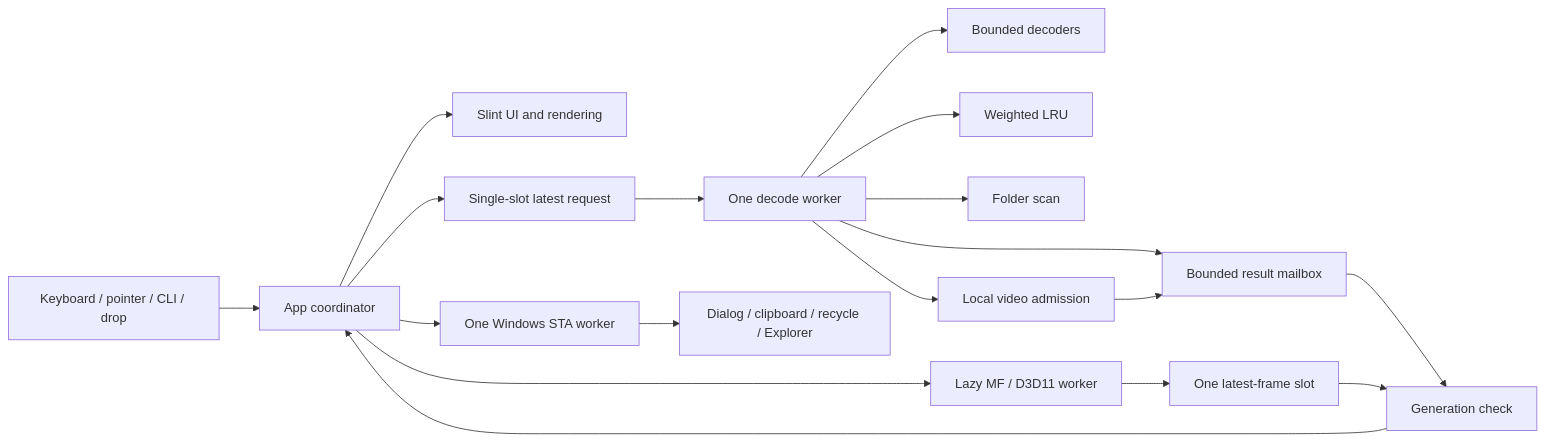
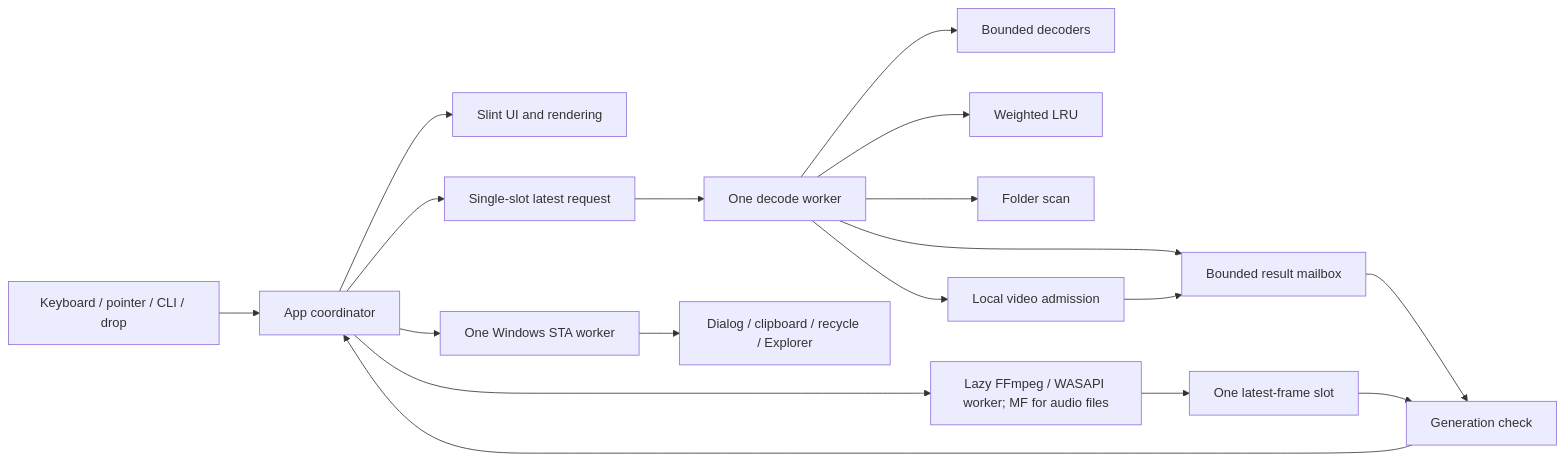
The diagram in docs/ARCHITECTURE.md (cubiix3/Kova-Image), drawn with Mermaid before and after one commit. The commit also changed other lines of this file and 43 other files, not shown here.

````diff
--- a/docs/ARCHITECTURE.md
+++ b/docs/ARCHITECTURE.md
@@ -8,20 +8,20 @@
 ```mermaid
 flowchart LR
     Input[Keyboard / pointer / CLI / drop] --> App[App coordinator]
     App --> UI[Slint UI and rendering]
     App --> Latest[Single-slot latest request]
     Latest --> Worker[One decode worker]
     Worker --> Decoder[Bounded decoders]
     Worker --> Cache[Weighted LRU]
     Worker --> Folder[Folder scan]
     Worker --> Results[Bounded result mailbox]
     Results --> Guard[Generation check]
     Guard --> App
     Worker --> Admission[Local video admission]
     Admission --> Results
-    App --> Video[Lazy MF / D3D11 worker]
+    App --> Video[Lazy FFmpeg / WASAPI worker; MF for audio files]
     Video --> Frame[One latest-frame slot]
     Frame --> Guard
     App --> Shell[One Windows STA worker]
     Shell --> Win32[Dialog / clipboard / recycle / Explorer]
 ```
````
